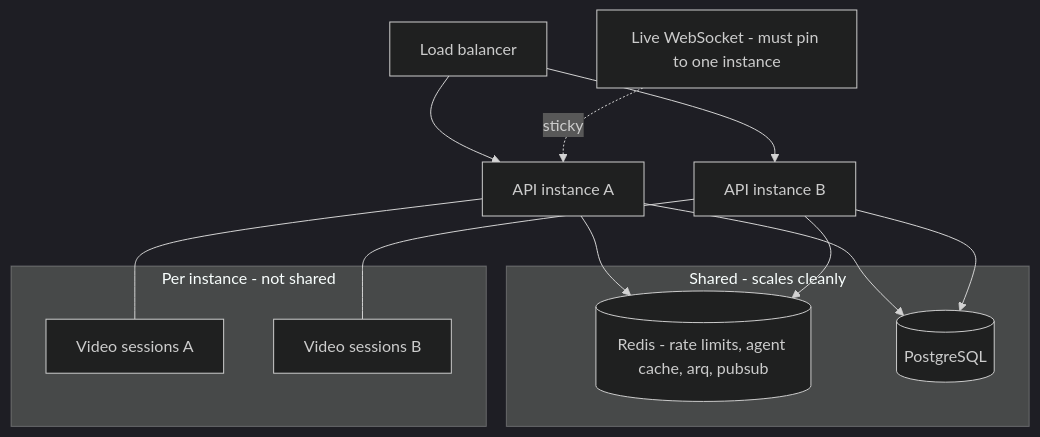
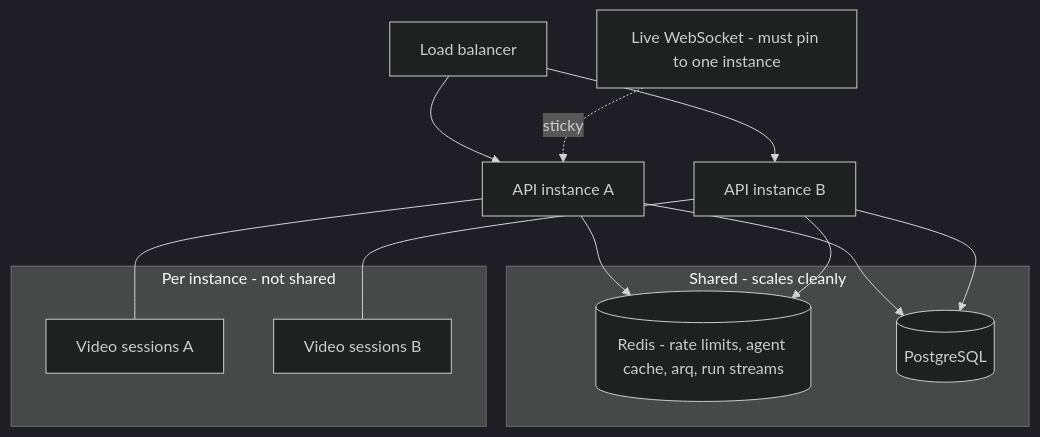
One commit to gondolerahul/hire-buddha-app changed diagram 14 of 14 in docs/current/13-gateway-and-realtime.md. Above: the diagram before and after it, drawn with Mermaid (dark theme). The commit also changed other lines of this file and 31 other files, not shown here.

````diff
--- a/docs/current/13-gateway-and-realtime.md
+++ b/docs/current/13-gateway-and-realtime.md
@@ -961,24 +970,24 @@
 ```mermaid
 graph TB
     LB["Load balancer"] --> G1["API instance A"]
     LB --> G2["API instance B"]
 
     subgraph SharedOK["Shared - scales cleanly"]
-        RD[("Redis - rate limits, agent cache, arq, pubsub")]
+        RD[("Redis - rate limits, agent cache, arq, run streams")]
         PG[("PostgreSQL")]
     end
 
     subgraph PerInstance["Per instance - not shared"]
         V1["Video sessions A"]
         V2["Video sessions B"]
     end
 
     G1 --> RD
     G2 --> RD
     G1 --> PG
     G2 --> PG
     G1 --- V1
     G2 --- V2
 
     WSC["Live WebSocket - must pin to one instance"] -.sticky.-> G1
 ```
````
